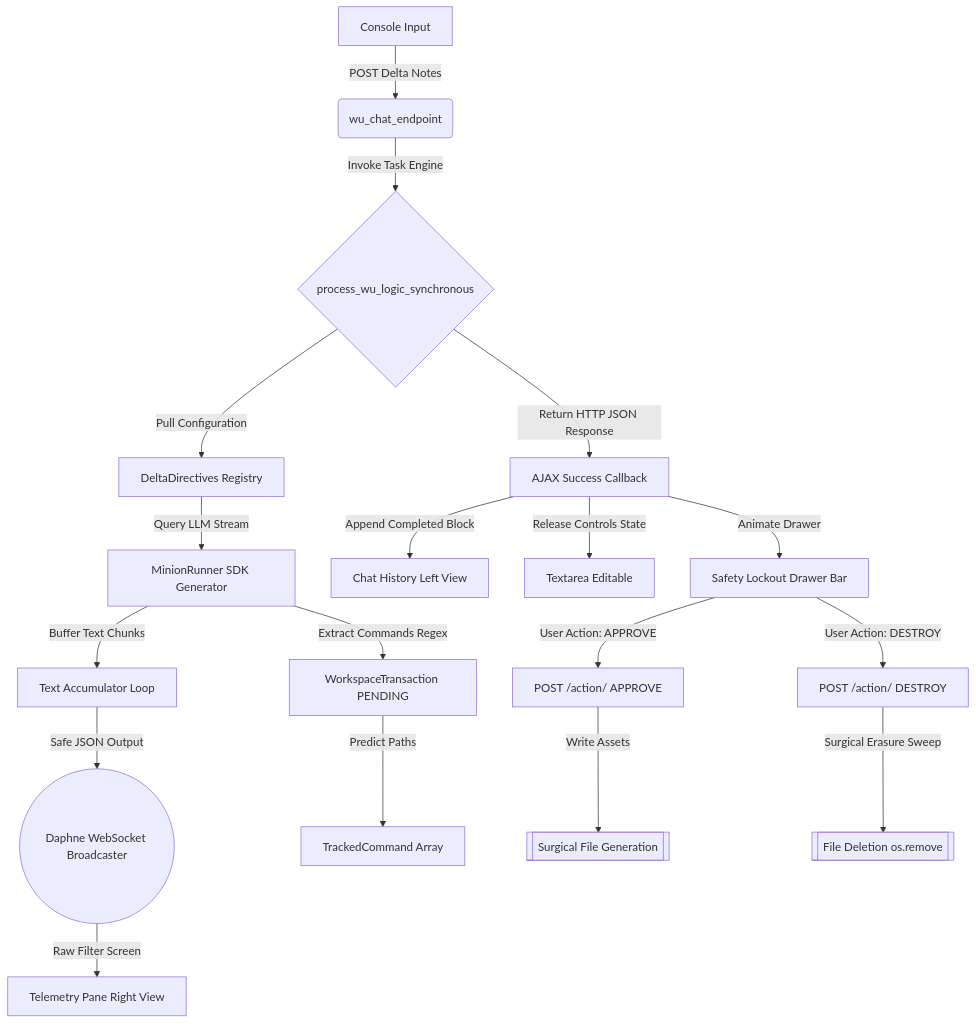
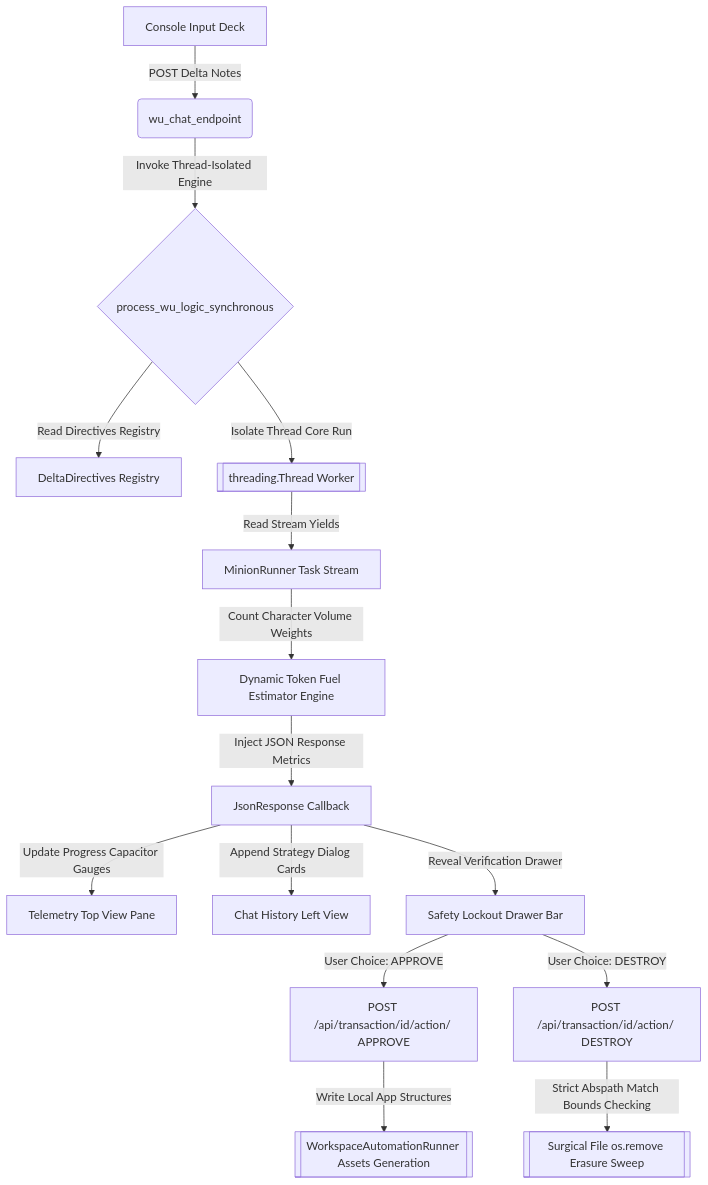
One commit to wudelta/seattle-recovery changed the diagram in project.md. Above: the diagram before and after it, drawn with Mermaid. The commit also changed other lines of this file and 5 other files, not shown here.

Commit message:
feat(telemetry): lock down stable header-driven fuel gauge meters

````diff
--- a/project.md
+++ b/project.md
@@ -10,20 +12,17 @@
 ```mermaid
 graph TD
-    A[Console Input] -->|POST Delta Notes| B(wu_chat_endpoint)
-    B -->|Invoke Task Engine| C{process_wu_logic_synchronous}
-    C -->|Pull Configuration| D[DeltaDirectives Registry]
-    D -->|Query LLM Stream| E[MinionRunner SDK Generator]
-    E -->|Buffer Text Chunks| F[Text Accumulator Loop]
-    F -->|Safe JSON Output| G((Daphne WebSocket Broadcaster))
-    G -->|Raw Filter Screen| H[Telemetry Pane Right View]
-    E -->|Extract Commands Regex| I[WorkspaceTransaction PENDING]
-    I -->|Predict Paths| J[TrackedCommand Array]
-    C -->|Return HTTP JSON Response| K[AJAX Success Callback]
-    K -->|Append Completed Block| L[Chat History Left View]
-    K -->|Release Controls State| M[Textarea Editable]
-    K -->|Animate Drawer| N[Safety Lockout Drawer Bar]
-    N -->|User Action: APPROVE| O[POST /action/ APPROVE]
-    O -->|Write Assets| P[[Surgical File Generation]]
-    N -->|User Action: DESTROY| Q[POST /action/ DESTROY]
-    Q -->|Surgical Erasure Sweep| R[[File Deletion os.remove]]
+A[Console Input Deck] -->|POST Delta Notes| B(wu_chat_endpoint)
+B -->|Invoke Thread-Isolated Engine| C{process_wu_logic_synchronous}
+C -->|Read Directives Registry| D[DeltaDirectives Registry]
+C -->|Isolate Thread Core Run| E[[threading.Thread Worker]]
+E -->|Read Stream Yields| F[MinionRunner Task Stream]
+F -->|Count Character Volume Weights| G[Dynamic Token Fuel Estimator Engine]
+G -->|Inject JSON Response Metrics| H[JsonResponse Callback]
+H -->|Update Progress Capacitor Gauges| I[Telemetry Top View Pane]
+H -->|Append Strategy Dialog Cards| J[Chat History Left View]
+H -->|Reveal Verification Drawer| K[Safety Lockout Drawer Bar]
+K -->|User Choice: APPROVE| L[POST /api/transaction/id/action/ APPROVE]
+L -->|Write Local App Structures| M[[WorkspaceAutomationRunner Assets Generation]]
+K -->|User Choice: DESTROY| N[POST /api/transaction/id/action/ DESTROY]
+N -->|Strict Abspath Match Bounds Checking| O[[Surgical File os.remove Erasure Sweep]]
 ```
````
